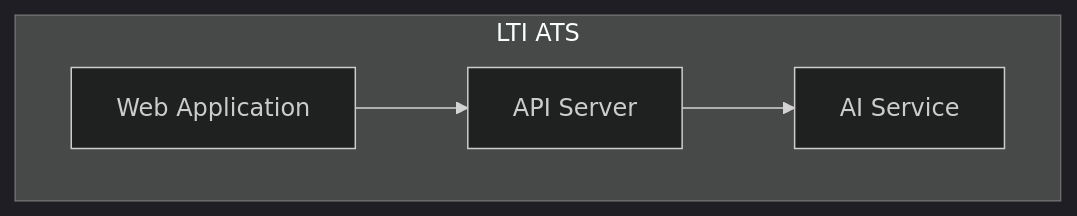
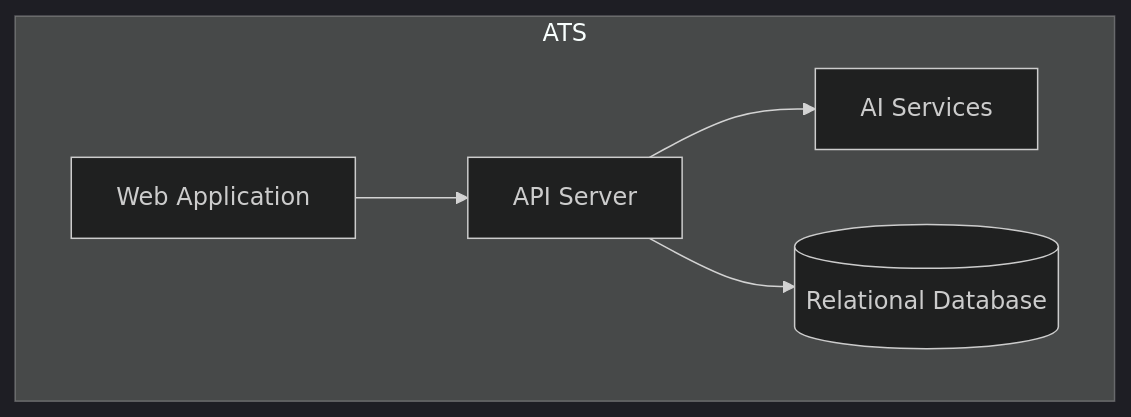
The seventh of 9 diagrams in LTI-RJD/UserStories-RJD.md (LIDR-academy/AI4Devs-design), drawn with Mermaid (dark theme) before and after one commit. The commit also changed other lines of this file and 1 other file, not shown here.

````diff
--- a/LTI-RJD/UserStories-RJD.md
+++ b/LTI-RJD/UserStories-RJD.md
@@ -224,10 +212,12 @@
 ```mermaid
 flowchart TD
-    subgraph LTI ATS
-        A1[Web Application]
-        A2[API Server]
-        A3[AI Service]
+    subgraph ATS
+        WebApp[Web Application]
+        API[API Server]
+        AI[AI Services]
+        Database[(Relational Database)]
     end
-    A1 --> A2
-    A2 --> A3
+    WebApp --> API
+    API --> AI
+    API --> Database
 ```
````
